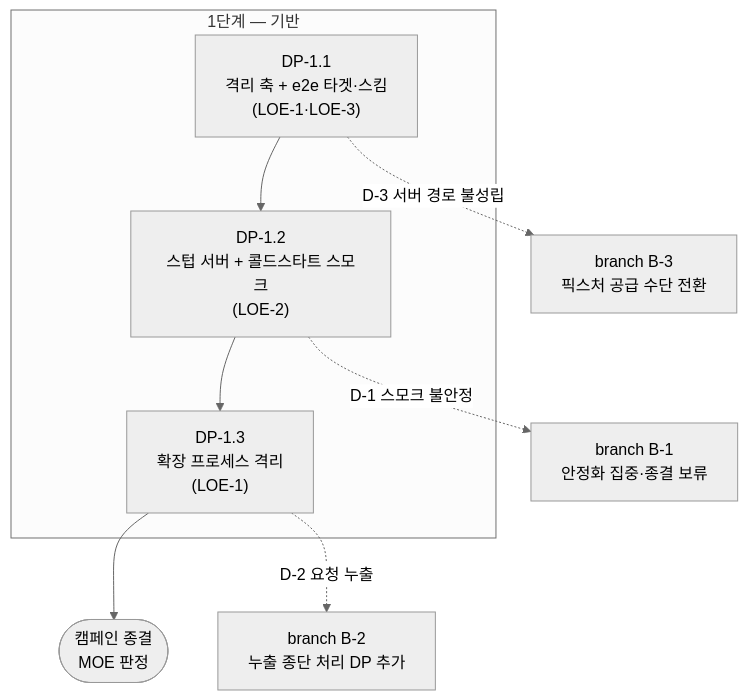
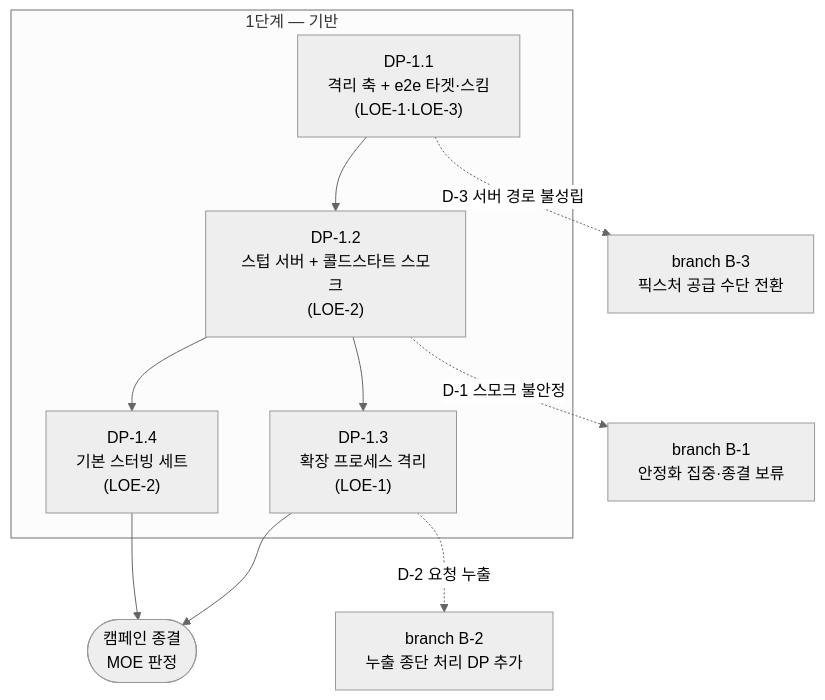
Before and after one commit to sudopark/TodoCalendar: the diagram in docs/operations/826/campaign.md, drawn with Mermaid (neutral theme). The commit also changed other lines of this file, not shown here.

First line of the commit message:
[#826] 기본 스터빙 세트를 DP-1.4 로 분리한다

````diff
--- a/docs/operations/826/campaign.md
+++ b/docs/operations/826/campaign.md
@@ -116,13 +117,16 @@
 ```mermaid
 flowchart TD
     subgraph P1["1단계 — 기반"]
         DP11["DP-1.1<br/>격리 축 + e2e 타겟·스킴<br/>(LOE-1·LOE-3)"]
         DP12["DP-1.2<br/>스텁 서버 + 콜드스타트 스모크<br/>(LOE-2)"]
         DP13["DP-1.3<br/>확장 프로세스 격리<br/>(LOE-1)"]
+        DP14["DP-1.4<br/>기본 스터빙 세트<br/>(LOE-2)"]
         DP11 --> DP12 --> DP13
+        DP12 --> DP14
     end
     DP13 --> END(["캠페인 종결<br/>MOE 판정"])
+    DP14 --> END
     DP12 -. "D-1 스모크 불안정" .-> B1["branch B-1<br/>안정화 집중·종결 보류"]
     DP13 -. "D-2 요청 누출" .-> B2["branch B-2<br/>누출 종단 처리 DP 추가"]
     DP11 -. "D-3 서버 경로 불성립" .-> B3["branch B-3<br/>픽스처 공급 수단 전환"]
 ```
````
